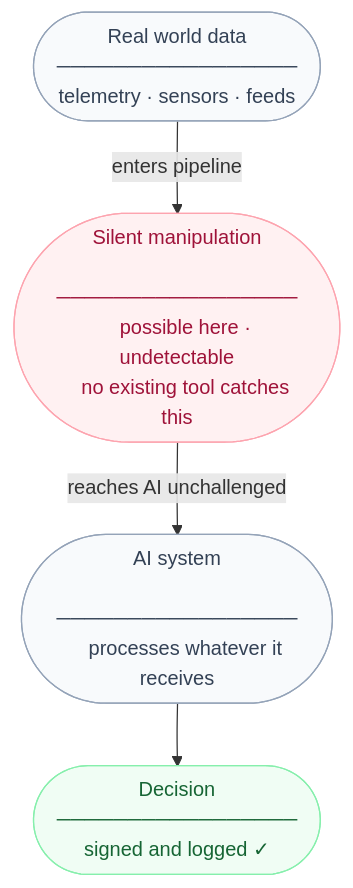
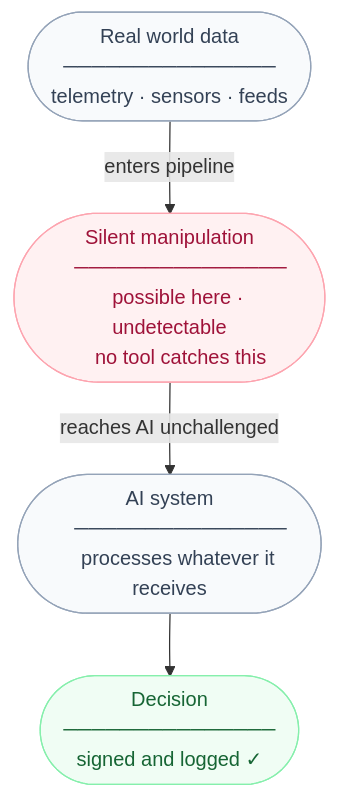
One commit to SpyrosArg/Verum changed the first of 2 diagrams in README.md. Above: the diagram before and after it, drawn with Mermaid. The commit also changed other lines of this file, not shown here.

First line of the commit message:
Refine Mermaid diagram formatting in README

````diff
--- a/README.md
+++ b/README.md
@@ -16,28 +16,28 @@
 ```mermaid
 flowchart TD
-    A(["  Real world data
-    ─────────────────
+    A(["Real world data
+    ───────────────
     telemetry · sensors · feeds"])
 
-    B(["  Silent manipulation
-    ─────────────────
+    B(["Silent manipulation
+    ───────────────
     possible here · undetectable
-    no existing tool catches this"])
+    no tool catches this"])
 
-    C(["  AI system
-    ─────────────────
+    C(["AI system
+    ───────────────
     processes whatever it receives"])
 
-    D(["  Decision
-    ─────────────────
+    D(["Decision
+    ───────────────
     signed and logged ✓"])
 
     A -->|enters pipeline| B
     B -->|reaches AI unchallenged| C
     C --> D
 
-    style A fill:#f8fafc,stroke:#94a3b8,color:#334155,rx:12
-    style B fill:#fff1f2,stroke:#fda4af,color:#9f1239,rx:12
-    style C fill:#f8fafc,stroke:#94a3b8,color:#334155,rx:12
-    style D fill:#f0fdf4,stroke:#86efac,color:#166534,rx:12
+    style A fill:#f8fafc,stroke:#94a3b8,color:#334155
+    style B fill:#fff1f2,stroke:#fda4af,color:#9f1239
+    style C fill:#f8fafc,stroke:#94a3b8,color:#334155
+    style D fill:#f0fdf4,stroke:#86efac,color:#166534
 ```
````
